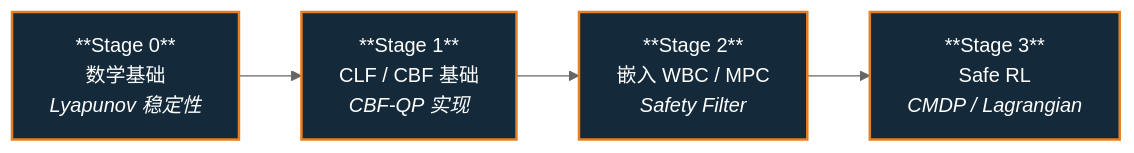
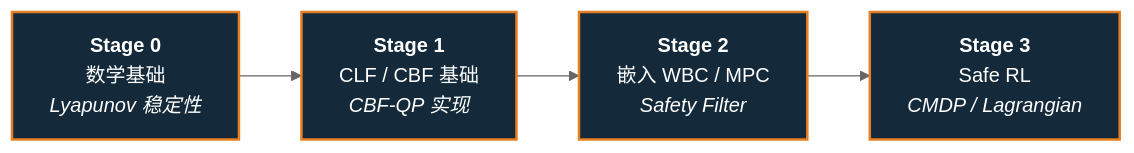
The diagram in roadmap/depth-safe-control.md (ImChong/Robotics_Notebooks), drawn with Mermaid (neutral theme) before and after one commit. The commit also changed 27 other files, not shown here.

First line of the commit message:
fix(ux): 修复纵深路线一览 Mermaid 节点 ** 原样显示

````diff
--- a/roadmap/depth-safe-control.md
+++ b/roadmap/depth-safe-control.md
@@ -7,12 +7,12 @@
 ```mermaid
 flowchart LR
-  S0["**Stage 0**<br/>数学基础<br/><em>Lyapunov 稳定性</em>"]
-  S1["**Stage 1**<br/>CLF / CBF 基础<br/><em>CBF-QP 实现</em>"]
-  S2["**Stage 2**<br/>嵌入 WBC / MPC<br/><em>Safety Filter</em>"]
-  S3["**Stage 3**<br/>Safe RL<br/><em>CMDP / Lagrangian</em>"]
+  S0["<b>Stage 0</b><br/>数学基础<br/><em>Lyapunov 稳定性</em>"]
+  S1["<b>Stage 1</b><br/>CLF / CBF 基础<br/><em>CBF-QP 实现</em>"]
+  S2["<b>Stage 2</b><br/>嵌入 WBC / MPC<br/><em>Safety Filter</em>"]
+  S3["<b>Stage 3</b><br/>Safe RL<br/><em>CMDP / Lagrangian</em>"]
 
   S0 --> S1 --> S2 --> S3
 
   classDef stage fill:#142a3a,stroke:#e67e22,stroke-width:2px,color:#fff
   class S0,S1,S2,S3 stage
 ```
````
